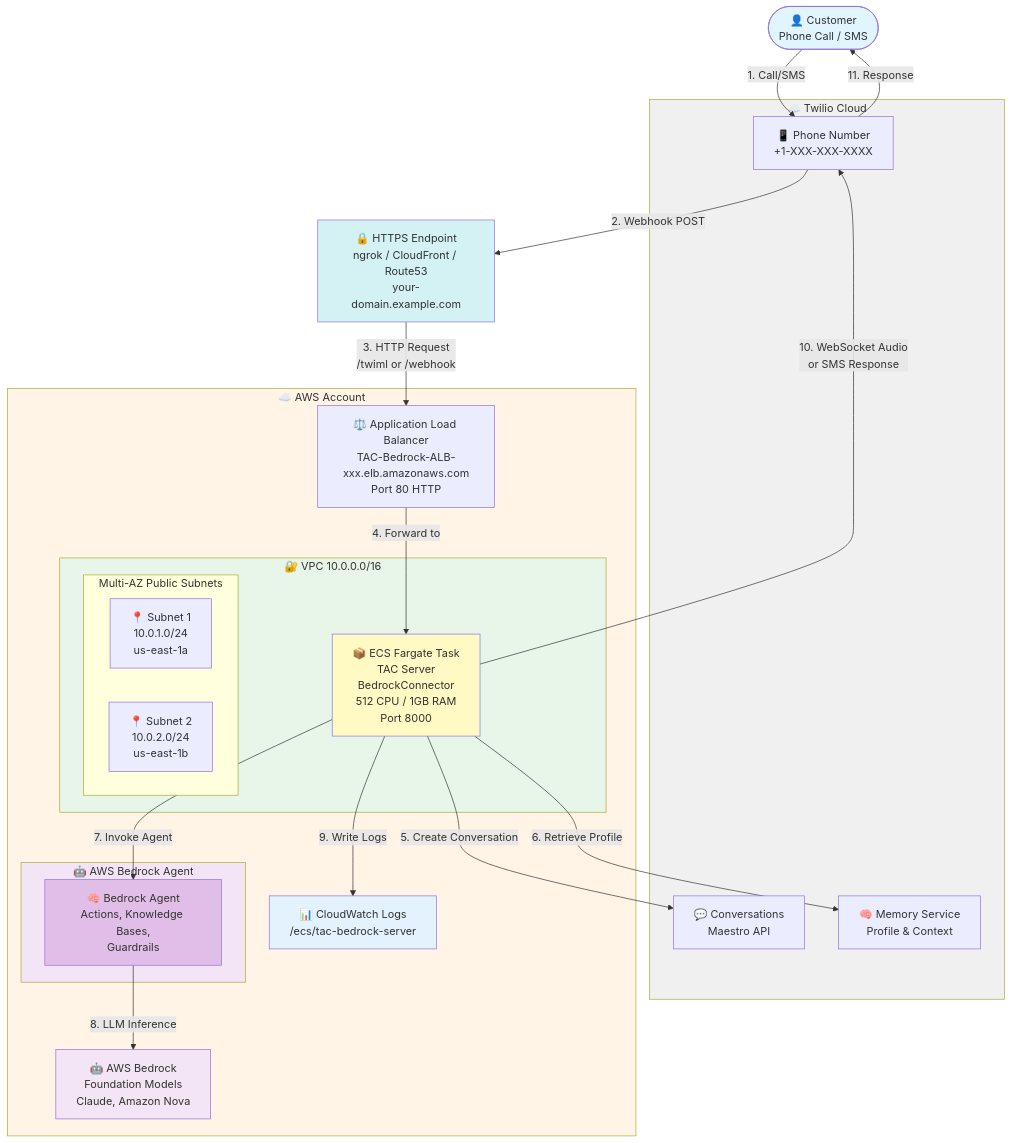
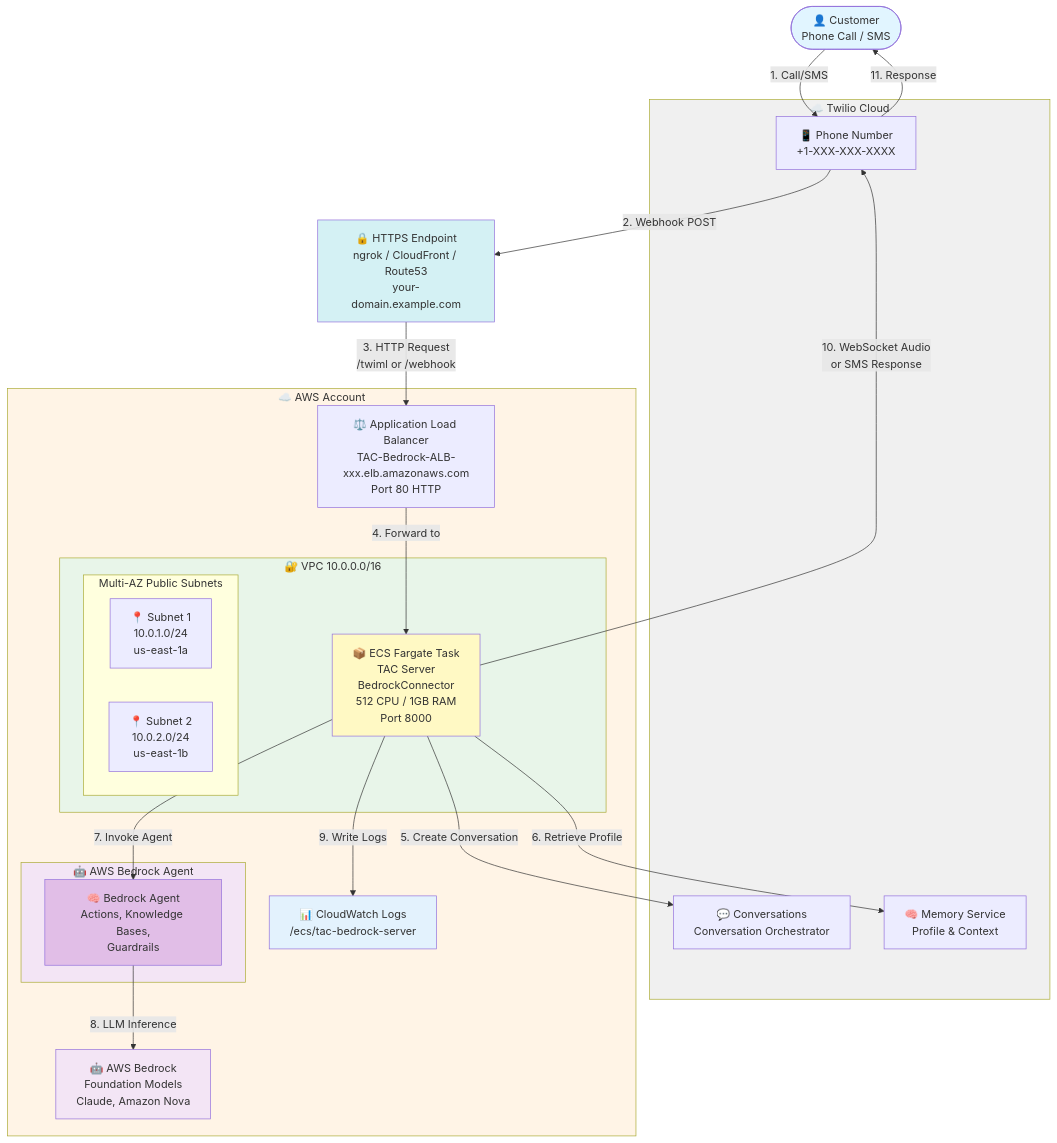
One commit to twilio/twilio-agent-connect-aws changed the diagram in deploy/bedrock_aws_fargate/README.md. Above: the diagram before and after it, drawn with Mermaid. The commit also changed other lines of this file and 4 other files, not shown here.

Commit message:
docs: Update Maestro to Conversation Orchestrator and Node.js to v24

````diff
--- a/deploy/bedrock_aws_fargate/README.md
+++ b/deploy/bedrock_aws_fargate/README.md
@@ -29,55 +29,55 @@
 ```mermaid
 graph TB
     Customer([👤 Customer<br/>Phone Call / SMS])
 
     subgraph Twilio["☁️ Twilio Cloud"]
         Phone[📱 Phone Number<br/>+1-XXX-XXX-XXXX]
-        Maestro[💬 Conversations<br/>Maestro API]
+        Orchestrator[💬 Conversations<br/>Conversation Orchestrator]
         Memory[🧠 Memory Service<br/>Profile & Context]
     end
 
     HTTPS[🔒 HTTPS Endpoint<br/>ngrok / CloudFront / Route53<br/>your-domain.example.com]
 
     subgraph AWS["☁️ AWS Account"]
         ALB[⚖️ Application Load Balancer<br/>TAC-Bedrock-ALB-xxx.elb.amazonaws.com<br/>Port 80 HTTP]
 
         subgraph VPC["🔐 VPC 10.0.0.0/16"]
             subgraph Subnets["Multi-AZ Public Subnets"]
                 Subnet1[📍 Subnet 1<br/>10.0.1.0/24<br/>us-east-1a]
                 Subnet2[📍 Subnet 2<br/>10.0.2.0/24<br/>us-east-1b]
             end
 
             ECS[📦 ECS Fargate Task<br/>TAC Server<br/>BedrockConnector<br/>512 CPU / 1GB RAM<br/>Port 8000]
         end
 
         subgraph BedrockAgent["🤖 AWS Bedrock Agent"]
             Agent[🧠 Bedrock Agent<br/>Actions, Knowledge Bases,<br/>Guardrails]
         end
 
         Bedrock[🤖 AWS Bedrock<br/>Foundation Models<br/>Claude, Amazon Nova]
         Logs[📊 CloudWatch Logs<br/>/ecs/tac-bedrock-server]
     end
 
     Customer -->|1. Call/SMS| Phone
     Phone -->|2. Webhook POST| HTTPS
     HTTPS -->|3. HTTP Request<br/>/twiml or /webhook| ALB
     ALB -->|4. Forward to| ECS
-    ECS -->|5. Create Conversation| Maestro
+    ECS -->|5. Create Conversation| Orchestrator
     ECS -->|6. Retrieve Profile| Memory
     ECS -->|7. Invoke Agent| Agent
     Agent -->|8. LLM Inference| Bedrock
     ECS -->|9. Write Logs| Logs
     ECS -->|10. WebSocket Audio<br/>or SMS Response| Phone
     Phone -->|11. Response| Customer
 
     style Customer fill:#e1f5ff
     style Twilio fill:#f0f0f0
     style HTTPS fill:#d4f1f4
     style AWS fill:#fff4e6
     style VPC fill:#e8f5e9
     style ECS fill:#fff9c4
     style BedrockAgent fill:#f3e5f5
     style Agent fill:#e1bee7
     style Bedrock fill:#f3e5f5
     style Logs fill:#e3f2fd
 ```
````
